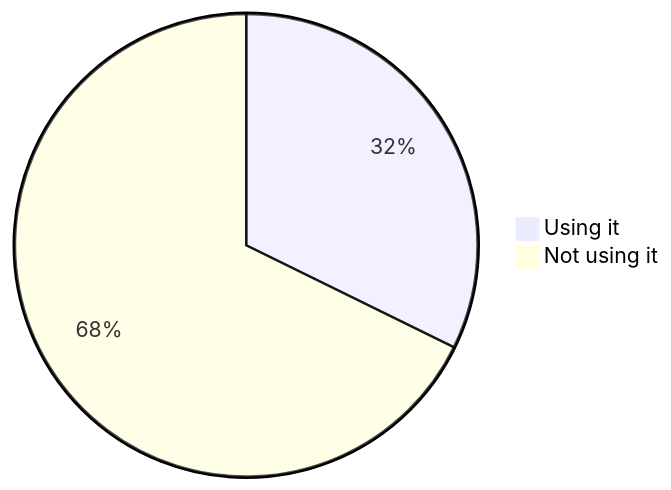
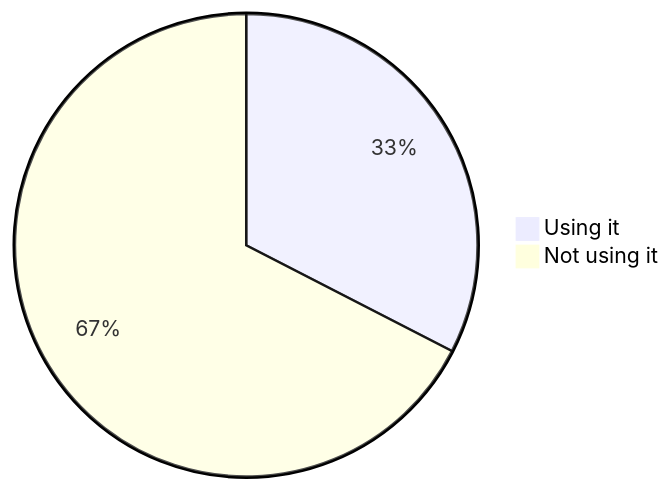
Diagram 15 of 22 in stats.md (oshp/oshp-stats), drawn with Mermaid before and after one commit. The commit also changed other lines of this file, not shown here.

````diff
--- a/stats.md
+++ b/stats.md
@@ -178,6 +178,6 @@
 ```mermaid
 pie
-	"Using it" : 32.27
-	"Not using it" : 67.73
+	"Using it" : 32.56
+	"Not using it" : 67.44
 
 ```
````
